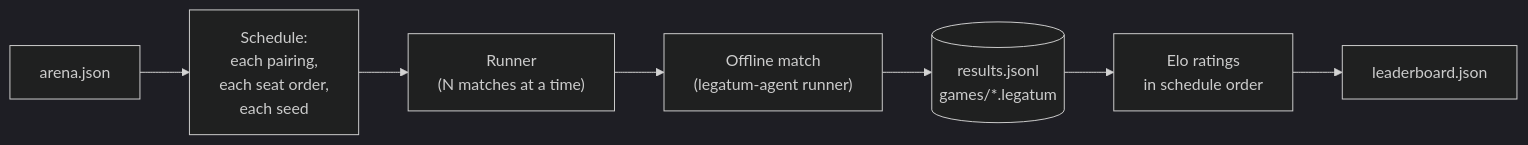
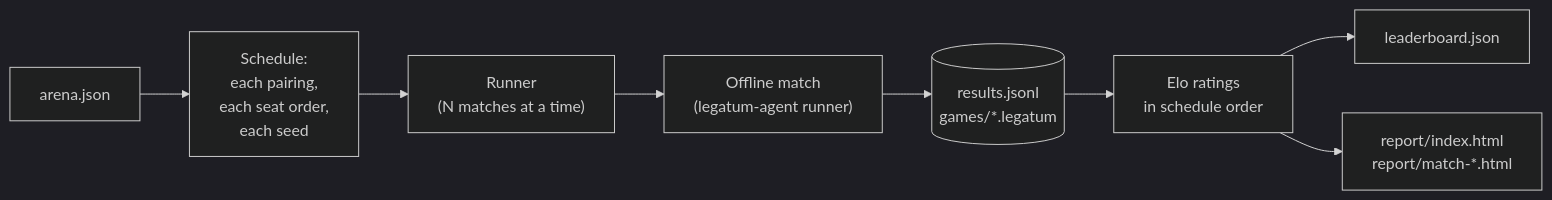
The diagram in docs/agents/arena.md (onequbitaway/legatum), drawn with Mermaid (dark theme) before and after one commit. The commit also changed other lines of this file and 4 other files, not shown here.

````diff
--- a/docs/agents/arena.md
+++ b/docs/agents/arena.md
@@ -7,9 +7,10 @@
 ```mermaid
 flowchart LR
     F[arena.json] --> S[Schedule:<br/>each pairing,<br/>each seat order,<br/>each seed]
     S --> R["Runner<br/>(N matches at a time)"]
     R --> M["Offline match<br/>(legatum-agent runner)"]
     M --> J[(results.jsonl<br/>games/*.legatum)]
     J --> E[Elo ratings<br/>in schedule order]
     E --> L[leaderboard.json]
+    E --> H[report/index.html<br/>report/match-*.html]
 ```
````
